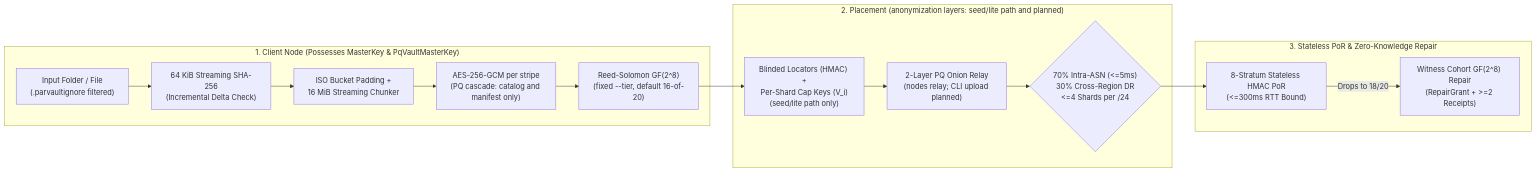
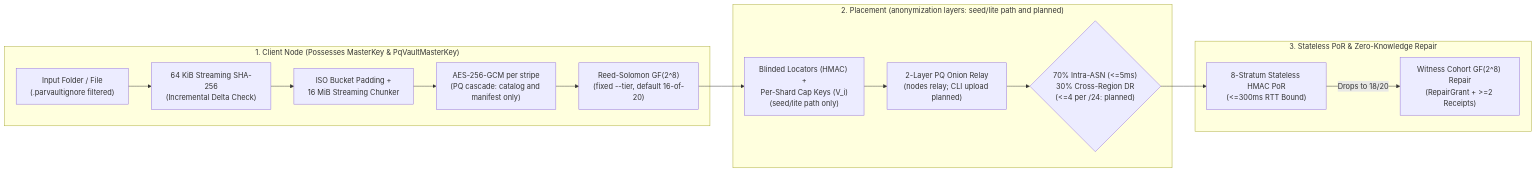
One commit to Zbot21/parvault changed the diagram in README.md. Above: the diagram before and after it, drawn with Mermaid. The commit also changed other lines of this file and 2 other files, not shown here.

First line of the commit message:
docs: label the device-ring quota tax and the /24 cap as planned; recovery needs no ring membership; evict takes a stripe root (D2-D5)

````diff
--- a/README.md
+++ b/README.md
@@ -86,20 +86,20 @@
 ```mermaid
 flowchart LR
     subgraph Client["1. Client Node (Possesses MasterKey & PqVaultMasterKey)"]
         F["Input Folder / File\n(.parvaultignore filtered)"] --> HASH["64 KiB Streaming SHA-256\n(Incremental Delta Check)"]
         HASH --> PAD["ISO Bucket Padding +\n16 MiB Streaming Chunker"]
         PAD --> AEAD["AES-256-GCM per stripe\n(PQ cascade: catalog and manifest only)"]
         AEAD --> RS["Reed-Solomon GF(2^8)\n(fixed --tier, default 16-of-20)"]
     end
 
     subgraph Anon["2. Placement (anonymization layers: seed/lite path and planned)"]
         RS --> BLIND["Blinded Locators (HMAC) +\nPer-Shard Cap Keys (V_i)\n(seed/lite path only)"]
         BLIND --> ONION["2-Layer PQ Onion Relay\n(nodes relay; CLI upload planned)"]
-        ONION --> SPLIT{"70% Intra-ASN (<=5ms)\n30% Cross-Region DR\n<=4 Shards per /24"}
+        ONION --> SPLIT{"70% Intra-ASN (<=5ms)\n30% Cross-Region DR\n(<=4 per /24: planned)"}
     end
 
     subgraph Audit["3. Stateless PoR & Zero-Knowledge Repair"]
         SPLIT --> POR["8-Stratum Stateless HMAC PoR\n(<=300ms RTT Bound)"]
         POR -->|"Drops to 18/20"| REP["Witness Cohort GF(2^8) Repair\n(RepairGrant + >=2 Receipts)"]
     end
 ```
````
